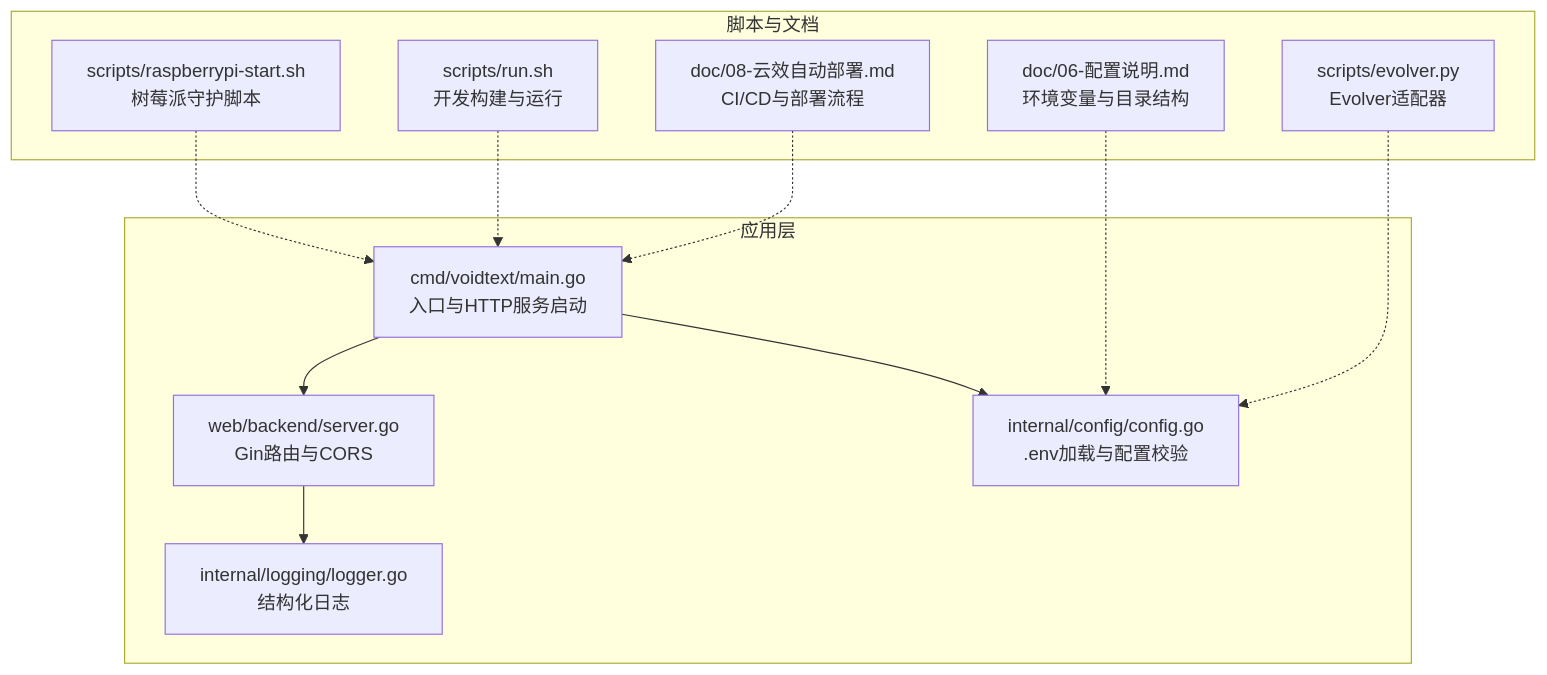
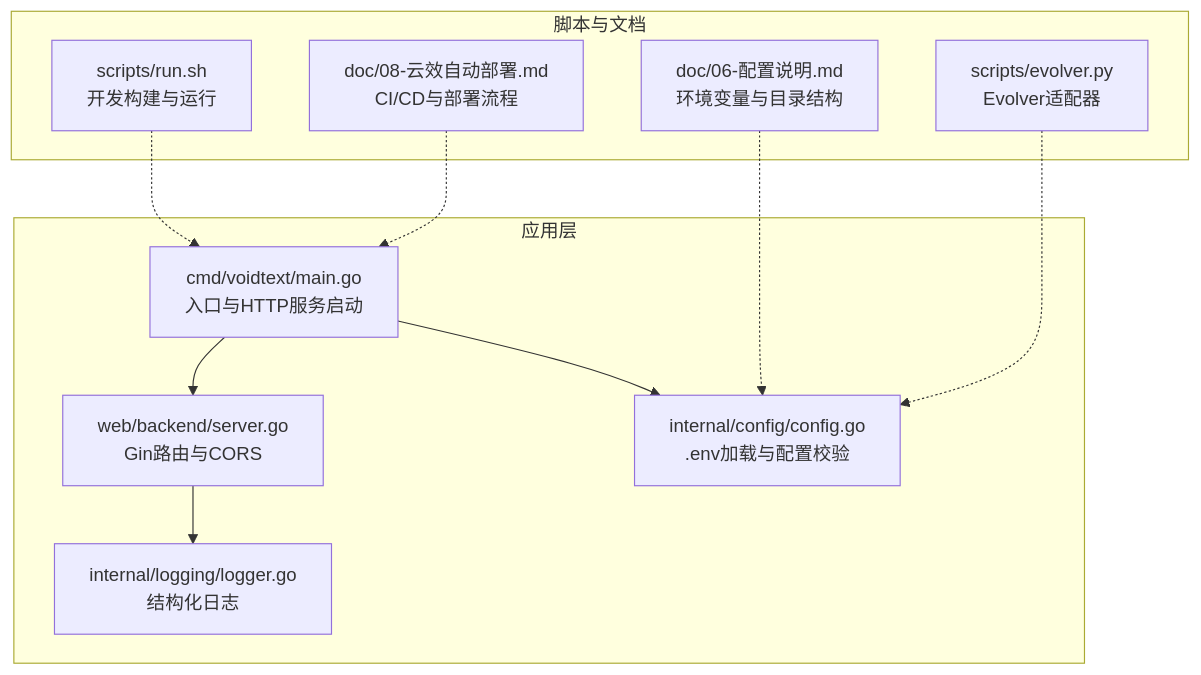
The first of 3 diagrams in repowikis/07-部署运维/部署配置.md (handy-h/VoidText), drawn with Mermaid before and after one commit. The commit also changed other lines of this file and 11 other files, not shown here.

````diff
--- a/repowikis/07-部署运维/部署配置.md
+++ b/repowikis/07-部署运维/部署配置.md
@@ -35,24 +35,22 @@
 ```mermaid
 graph TB
 subgraph "应用层"
 M["cmd/voidtext/main.go<br/>入口与HTTP服务启动"]
 S["web/backend/server.go<br/>Gin路由与CORS"]
 C["internal/config/config.go<br/>.env加载与配置校验"]
 L["internal/logging/logger.go<br/>结构化日志"]
 end
 subgraph "脚本与文档"
-RS["scripts/raspberrypi-start.sh<br/>树莓派守护脚本"]
-RU["scripts/run.sh<br/>开发构建与运行"]
+RS["scripts/run.sh<br/>开发构建与运行"]
 D6["doc/06-配置说明.md<br/>环境变量与目录结构"]
 D8["doc/08-云效自动部署.md<br/>CI/CD与部署流程"]
 E["scripts/evolver.py<br/>Evolver适配器"]
 end
 M --> S
 M --> C
 S --> L
 RS -.-> M
-RU -.-> M
 D6 -.-> C
 D8 -.-> M
 E -.-> C
 ```
````
